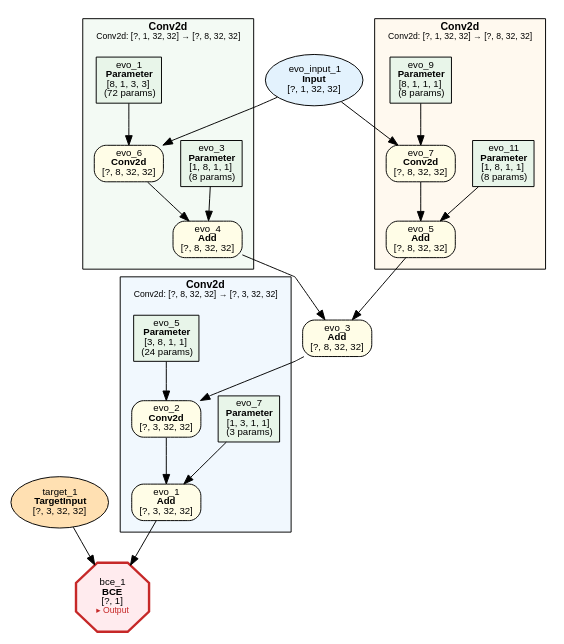
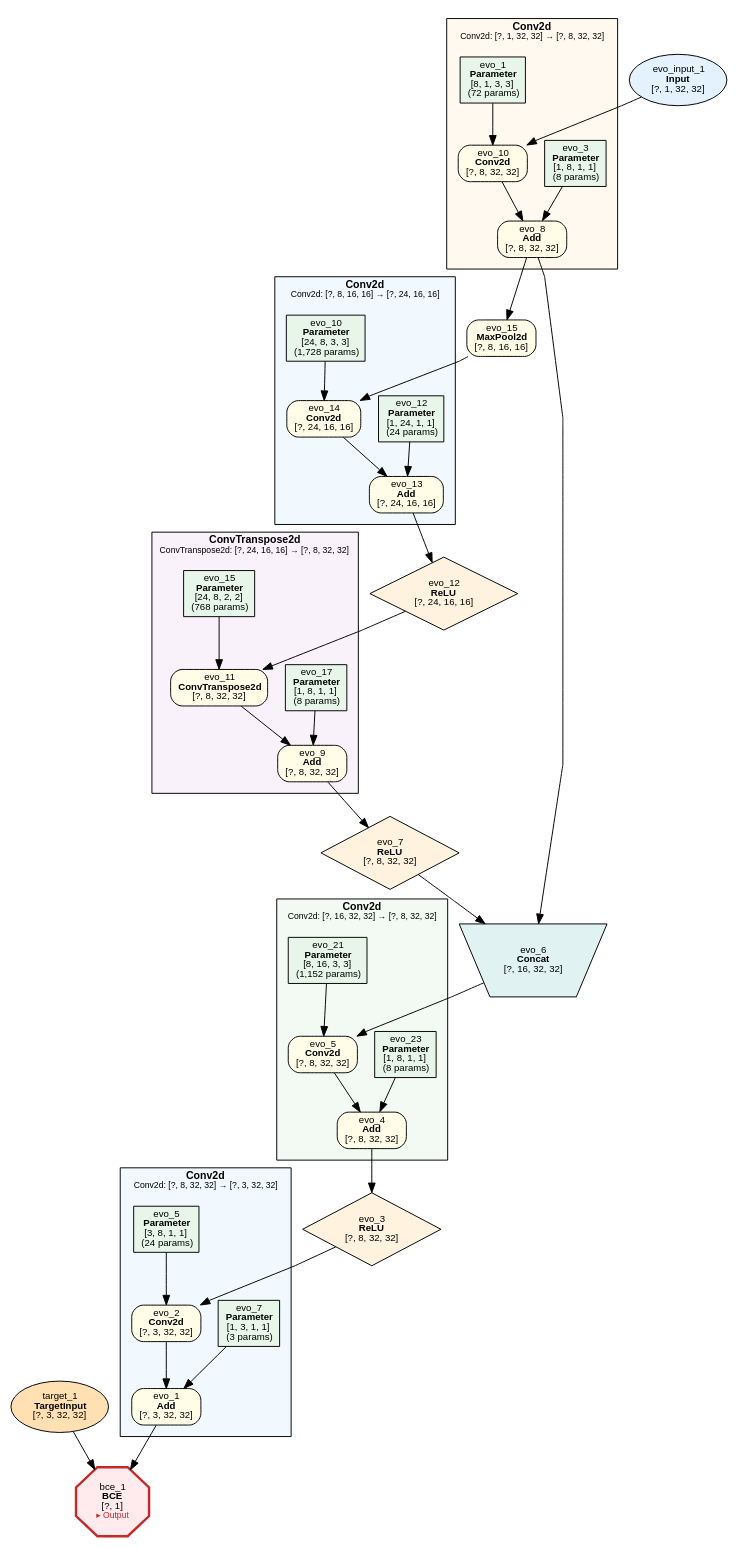
The diagram in examples/evolution/overlapping_shapes_semantic_segmentation/evolution_overlapping_shapes_semantic_segmentation.dot (dbsxdbsx/only_torch), drawn with Graphviz before and after one commit. The commit also changed 32 other files, not shown here.

```diff
--- a/examples/evolution/overlapping_shapes_semantic_segmentation/evolution_overlapping_shapes_semantic_segmentation.dot
+++ b/examples/evolution/overlapping_shapes_semantic_segmentation/evolution_overlapping_shapes_semantic_segmentation.dot
@@ -1,68 +1,110 @@
 digraph ComputeGraph {
     rankdir=TB;
     newrank=true;
     splines=polyline;
     node [fontname="Microsoft YaHei,SimHei,Arial"];
     edge [fontname="Microsoft YaHei,SimHei,Arial"];
 
     subgraph cluster_group_conv2d_1 {
         label=<<B>Conv2d</B><BR/><FONT POINT-SIZE="9">Conv2d: [?, 8, 32, 32] → [?, 3, 32, 32]</FONT>>;
         style=filled;
         fillcolor="#E3F2FD80";
         fontname="Microsoft YaHei,SimHei,Arial";
         fontsize=11;
         margin=12;
             "2" [label=<evo_1<BR/><B>Add</B><BR/>[?, 3, 32, 32]> shape=box style="filled,rounded" fillcolor="#FFFDE7" fontsize=10];
             "4" [label=<evo_2<BR/><B>Conv2d</B><BR/>[?, 3, 32, 32]> shape=box style="filled,rounded" fillcolor="#FFFDE7" fontsize=10];
             "5" [label=<evo_7<BR/><B>Parameter</B><BR/>[1, 3, 1, 1]<BR/>(3 params)> shape=box style=filled fillcolor="#E8F5E9" fontsize=10];
             "7" [label=<evo_5<BR/><B>Parameter</B><BR/>[3, 8, 1, 1]<BR/>(24 params)> shape=box style=filled fillcolor="#E8F5E9" fontsize=10];
     }
 
-    subgraph cluster_group_conv2d_0 {
-        label=<<B>Conv2d</B><BR/><FONT POINT-SIZE="9">Conv2d: [?, 1, 32, 32] → [?, 8, 32, 32]</FONT>>;
+    subgraph cluster_group_conv2d_4 {
+        label=<<B>Conv2d</B><BR/><FONT POINT-SIZE="9">Conv2d: [?, 16, 32, 32] → [?, 8, 32, 32]</FONT>>;
         style=filled;
         fillcolor="#E8F5E980";
         fontname="Microsoft YaHei,SimHei,Arial";
         fontsize=11;
         margin=12;
             "8" [label=<evo_4<BR/><B>Add</B><BR/>[?, 8, 32, 32]> shape=box style="filled,rounded" fillcolor="#FFFDE7" fontsize=10];
-            "10" [label=<evo_6<BR/><B>Conv2d</B><BR/>[?, 8, 32, 32]> shape=box style="filled,rounded" fillcolor="#FFFDE7" fontsize=10];
-            "11" [label=<evo_3<BR/><B>Parameter</B><BR/>[1, 8, 1, 1]<BR/>(8 params)> shape=box style=filled fillcolor="#E8F5E9" fontsize=10];
-            "15" [label=<evo_1<BR/><B>Parameter</B><BR/>[8, 1, 3, 3]<BR/>(72 params)> shape=box style=filled fillcolor="#E8F5E9" fontsize=10];
+            "9" [label=<evo_5<BR/><B>Conv2d</B><BR/>[?, 8, 32, 32]> shape=box style="filled,rounded" fillcolor="#FFFDE7" fontsize=10];
+            "10" [label=<evo_23<BR/><B>Parameter</B><BR/>[1, 8, 1, 1]<BR/>(8 params)> shape=box style=filled fillcolor="#E8F5E9" fontsize=10];
+            "12" [label=<evo_21<BR/><B>Parameter</B><BR/>[8, 16, 3, 3]<BR/>(1,152 params)> shape=box style=filled fillcolor="#E8F5E9" fontsize=10];
     }
 
-    subgraph cluster_group_conv2d_2 {
+    subgraph cluster_group_conv2d_0 {
         label=<<B>Conv2d</B><BR/><FONT POINT-SIZE="9">Conv2d: [?, 1, 32, 32] → [?, 8, 32, 32]</FONT>>;
         style=filled;
         fillcolor="#FFF3E080";
         fontname="Microsoft YaHei,SimHei,Arial";
         fontsize=11;
         margin=12;
-            "9" [label=<evo_5<BR/><B>Add</B><BR/>[?, 8, 32, 32]> shape=box style="filled,rounded" fillcolor="#FFFDE7" fontsize=10];
-            "12" [label=<evo_7<BR/><B>Conv2d</B><BR/>[?, 8, 32, 32]> shape=box style="filled,rounded" fillcolor="#FFFDE7" fontsize=10];
-            "13" [label=<evo_11<BR/><B>Parameter</B><BR/>[1, 8, 1, 1]<BR/>(8 params)> shape=box style=filled fillcolor="#E8F5E9" fontsize=10];
-            "16" [label=<evo_9<BR/><B>Parameter</B><BR/>[8, 1, 1, 1]<BR/>(8 params)> shape=box style=filled fillcolor="#E8F5E9" fontsize=10];
+            "14" [label=<evo_8<BR/><B>Add</B><BR/>[?, 8, 32, 32]> shape=box style="filled,rounded" fillcolor="#FFFDE7" fontsize=10];
+            "16" [label=<evo_10<BR/><B>Conv2d</B><BR/>[?, 8, 32, 32]> shape=box style="filled,rounded" fillcolor="#FFFDE7" fontsize=10];
+            "17" [label=<evo_3<BR/><B>Parameter</B><BR/>[1, 8, 1, 1]<BR/>(8 params)> shape=box style=filled fillcolor="#E8F5E9" fontsize=10];
+            "21" [label=<evo_1<BR/><B>Parameter</B><BR/>[8, 1, 3, 3]<BR/>(72 params)> shape=box style=filled fillcolor="#E8F5E9" fontsize=10];
+    }
+
+    subgraph cluster_group_convtranspose2d_3 {
+        label=<<B>ConvTranspose2d</B><BR/><FONT POINT-SIZE="9">ConvTranspose2d: [?, 24, 16, 16] → [?, 8, 32, 32]</FONT>>;
+        style=filled;
+        fillcolor="#F3E5F580";
+        fontname="Microsoft YaHei,SimHei,Arial";
+        fontsize=11;
+        margin=12;
+            "15" [label=<evo_9<BR/><B>Add</B><BR/>[?, 8, 32, 32]> shape=box style="filled,rounded" fillcolor="#FFFDE7" fontsize=10];
+            "18" [label=<evo_11<BR/><B>ConvTranspose2d</B><BR/>[?, 8, 32, 32]> shape=box style="filled,rounded" fillcolor="#FFFDE7" fontsize=10];
+            "19" [label=<evo_17<BR/><B>Parameter</B><BR/>[1, 8, 1, 1]<BR/>(8 params)> shape=box style=filled fillcolor="#E8F5E9" fontsize=10];
+            "23" [label=<evo_15<BR/><B>Parameter</B><BR/>[24, 8, 2, 2]<BR/>(768 params)> shape=box style=filled fillcolor="#E8F5E9" fontsize=10];
+    }
+
+    subgraph cluster_group_conv2d_2 {
+        label=<<B>Conv2d</B><BR/><FONT POINT-SIZE="9">Conv2d: [?, 8, 16, 16] → [?, 24, 16, 16]</FONT>>;
+        style=filled;
+        fillcolor="#E3F2FD80";
+        fontname="Microsoft YaHei,SimHei,Arial";
+        fontsize=11;
+        margin=12;
+            "24" [label=<evo_13<BR/><B>Add</B><BR/>[?, 24, 16, 16]> shape=box style="filled,rounded" fillcolor="#FFFDE7" fontsize=10];
+            "25" [label=<evo_14<BR/><B>Conv2d</B><BR/>[?, 24, 16, 16]> shape=box style="filled,rounded" fillcolor="#FFFDE7" fontsize=10];
+            "26" [label=<evo_12<BR/><B>Parameter</B><BR/>[1, 24, 1, 1]<BR/>(24 params)> shape=box style=filled fillcolor="#E8F5E9" fontsize=10];
+            "28" [label=<evo_10<BR/><B>Parameter</B><BR/>[24, 8, 3, 3]<BR/>(1,728 params)> shape=box style=filled fillcolor="#E8F5E9" fontsize=10];
     }
 
     "1" [label=<bce_1<BR/><B>BCE</B><BR/>[?, 1]<BR/><FONT COLOR="#C62828" POINT-SIZE="9">▸ Output</FONT>> shape=octagon style=filled fillcolor="#FFEBEE" fontsize=10 penwidth=2.5 color="#C62828"];
     "3" [label=<target_1<BR/><B>TargetInput</B><BR/>[?, 3, 32, 32]> shape=ellipse style=filled fillcolor="#FFE0B2" fontsize=10];
-    "6" [label=<evo_3<BR/><B>Add</B><BR/>[?, 8, 32, 32]> shape=box style="filled,rounded" fillcolor="#FFFDE7" fontsize=10];
-    "14" [label=<evo_input_1<BR/><B>Input</B><BR/>[?, 1, 32, 32]> shape=ellipse style=filled fillcolor="#E3F2FD" fontsize=10];
+    "6" [label=<evo_3<BR/><B>ReLU</B><BR/>[?, 8, 32, 32]> shape=diamond style=filled fillcolor="#FFF3E0" fontsize=10];
+    "11" [label=<evo_6<BR/><B>Concat</B><BR/>[?, 16, 32, 32]> shape=invtrapezium style=filled fillcolor="#E0F2F1" fontsize=10];
+    "13" [label=<evo_7<BR/><B>ReLU</B><BR/>[?, 8, 32, 32]> shape=diamond style=filled fillcolor="#FFF3E0" fontsize=10];
+    "20" [label=<evo_input_1<BR/><B>Input</B><BR/>[?, 1, 32, 32]> shape=ellipse style=filled fillcolor="#E3F2FD" fontsize=10];
+    "22" [label=<evo_12<BR/><B>ReLU</B><BR/>[?, 24, 16, 16]> shape=diamond style=filled fillcolor="#FFF3E0" fontsize=10];
+    "27" [label=<evo_15<BR/><B>MaxPool2d</B><BR/>[?, 8, 16, 16]> shape=box style="filled,rounded" fillcolor="#FFFDE7" fontsize=10];
 
     "2" -> "1";
     "3" -> "1";
     "4" -> "2";
     "5" -> "2";
     "6" -> "4";
     "7" -> "4";
     "8" -> "6";
-    "9" -> "6";
+    "9" -> "8";
     "10" -> "8";
-    "11" -> "8";
+    "11" -> "9";
     "12" -> "9";
-    "13" -> "9";
-    "14" -> "10";
-    "15" -> "10";
-    "14" -> "12";
-    "16" -> "12";
+    "13" -> "11";
+    "14" -> "11";
+    "15" -> "13";
+    "16" -> "14";
+    "17" -> "14";
+    "18" -> "15";
+    "19" -> "15";
+    "20" -> "16";
+    "21" -> "16";
+    "22" -> "18";
+    "23" -> "18";
+    "24" -> "22";
+    "25" -> "24";
+    "26" -> "24";
+    "27" -> "25";
+    "28" -> "25";
+    "14" -> "27";
 }
```
